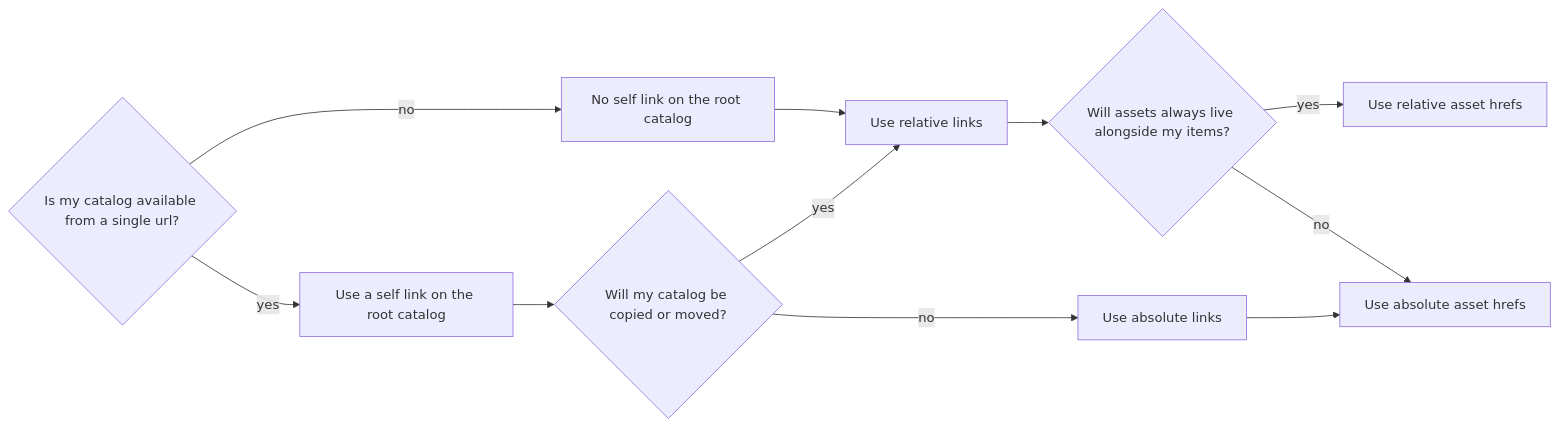
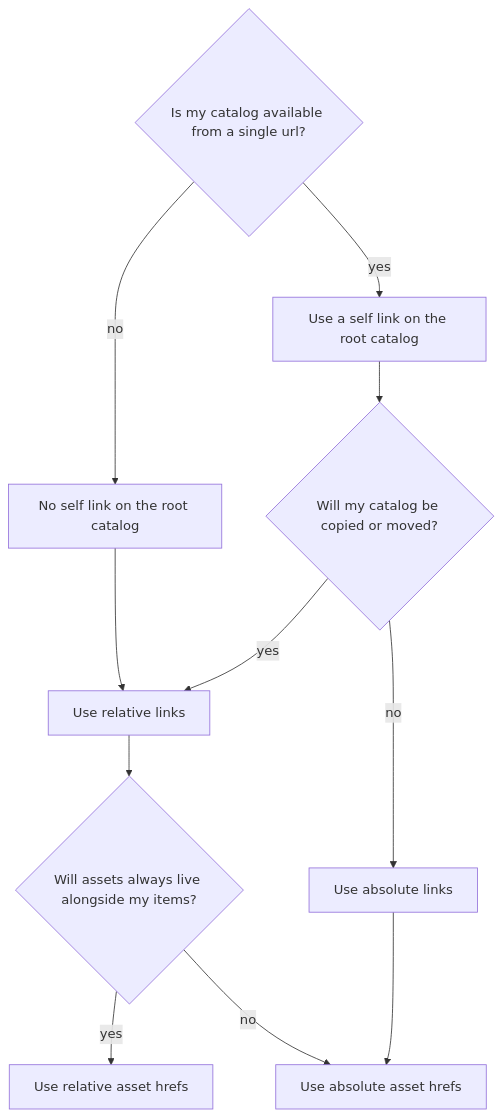
One commit to radiantearth/stac-best-practices changed the diagram in best-practices-catalog-and-collection.md. Above: the diagram before and after it, drawn with Mermaid.

Commit message:
Update diagram orientation in best practices document
Change diagram orientation from LR to TD.

````diff
--- a/best-practices-catalog-and-collection.md
+++ b/best-practices-catalog-and-collection.md
@@ -234,23 +234,23 @@
 ```mermaid
-graph LR
+graph TD
     a["Is my catalog available from a single url?"]@{ shape: decision }
     b["Use a self link on the root catalog"]
     c["No self link on the root catalog"]
     d["Use relative links"]
     e["Use absolute links"]
     f["Use relative asset hrefs"]
     g["Use absolute asset hrefs"]
     h["Will my catalog be copied or moved?"]@{ shape: decision }
     i["Will assets always live alongside my items?"]@{ shape: decision }
 
     a -- yes --> b
     a -- no --> c
     c --> d
     b --> h
     h -- yes --> d
     h -- no --> e
     d --> i
     i -- yes --> f
     i -- no --> g
     e --> g
 ```
````
